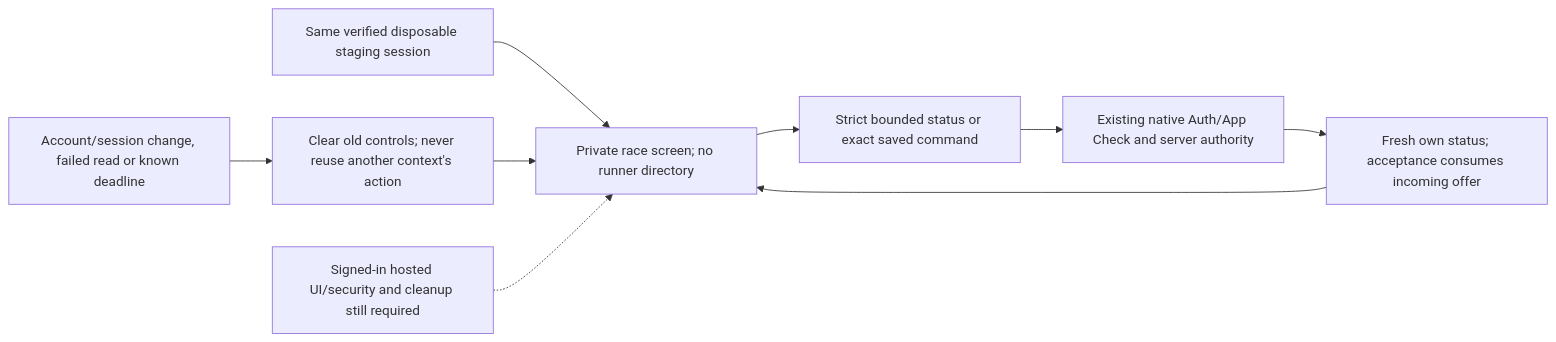
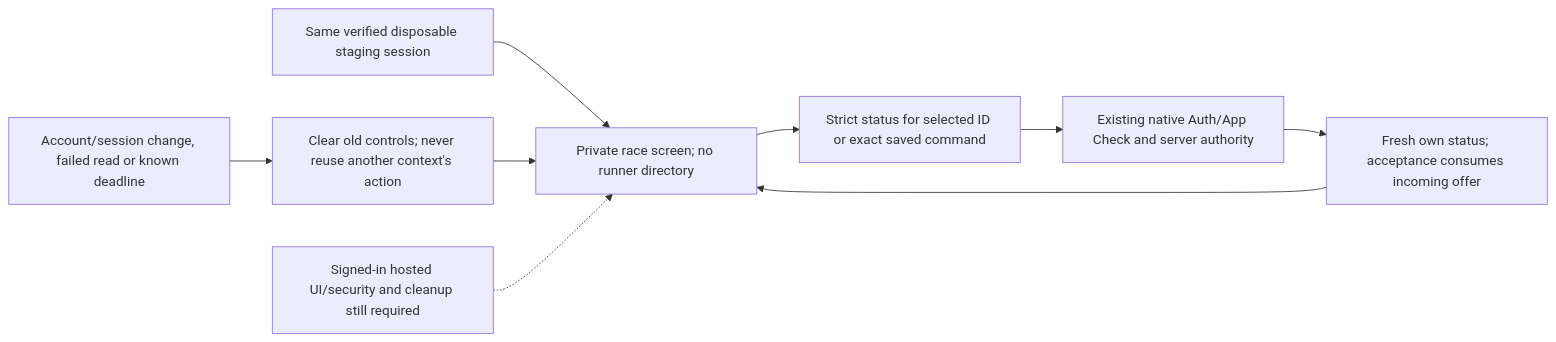
The first of 21 diagrams in docs/officers/SYSTEM_MAPS.md (Run-MPRC/Run-MPRC.github.io), drawn with Mermaid before and after one commit. The commit also changed 3 other files, not shown here.

````diff
--- a/docs/officers/SYSTEM_MAPS.md
+++ b/docs/officers/SYSTEM_MAPS.md
@@ -9,11 +9,11 @@
 ```mermaid
 flowchart LR
     Account["Same verified disposable staging session"] --> Screen["Private race screen; no runner directory"]
-    Screen --> Read["Strict bounded status or exact saved command"]
+    Screen --> Read["Strict status for selected ID or exact saved command"]
     Read --> Server["Existing native Auth/App Check and server authority"]
     Server --> Fresh["Fresh own status; acceptance consumes incoming offer"]
     Fresh --> Screen
     Change["Account/session change, failed read or known deadline"] --> Hide["Clear old controls; never reuse another context's action"]
     Hide --> Screen
     Gate["Signed-in hosted UI/security and cleanup still required"] -.-> Screen
 ```
````
